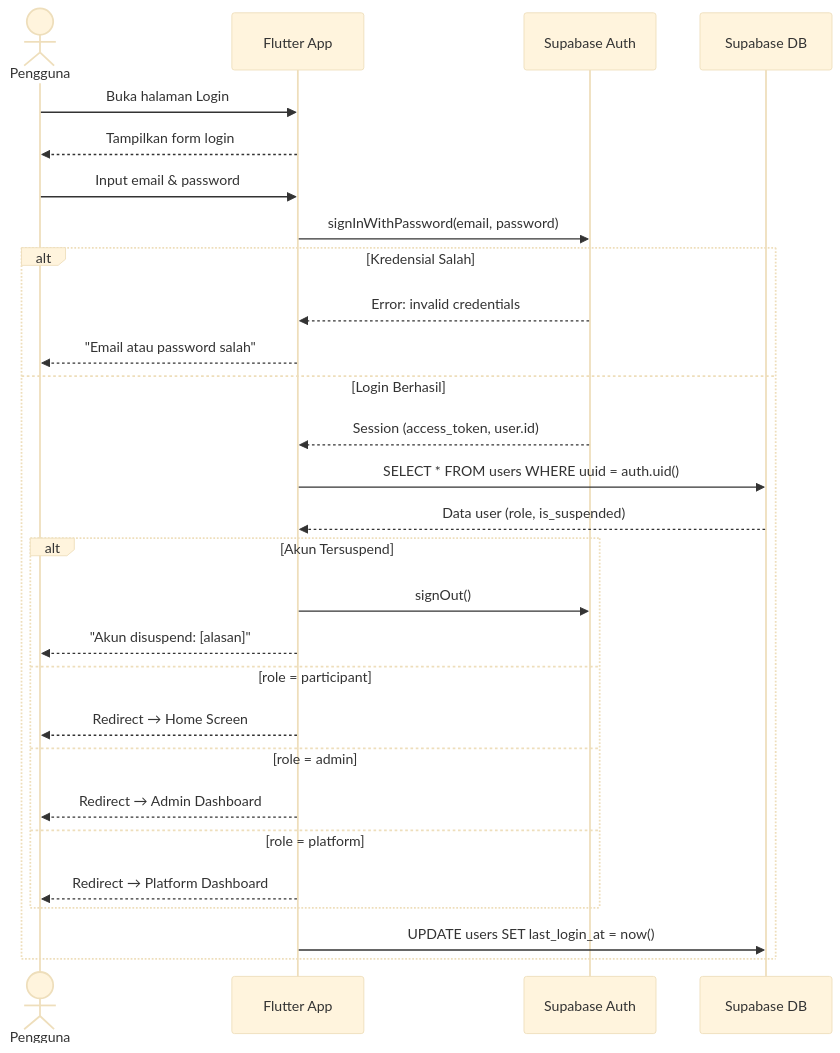
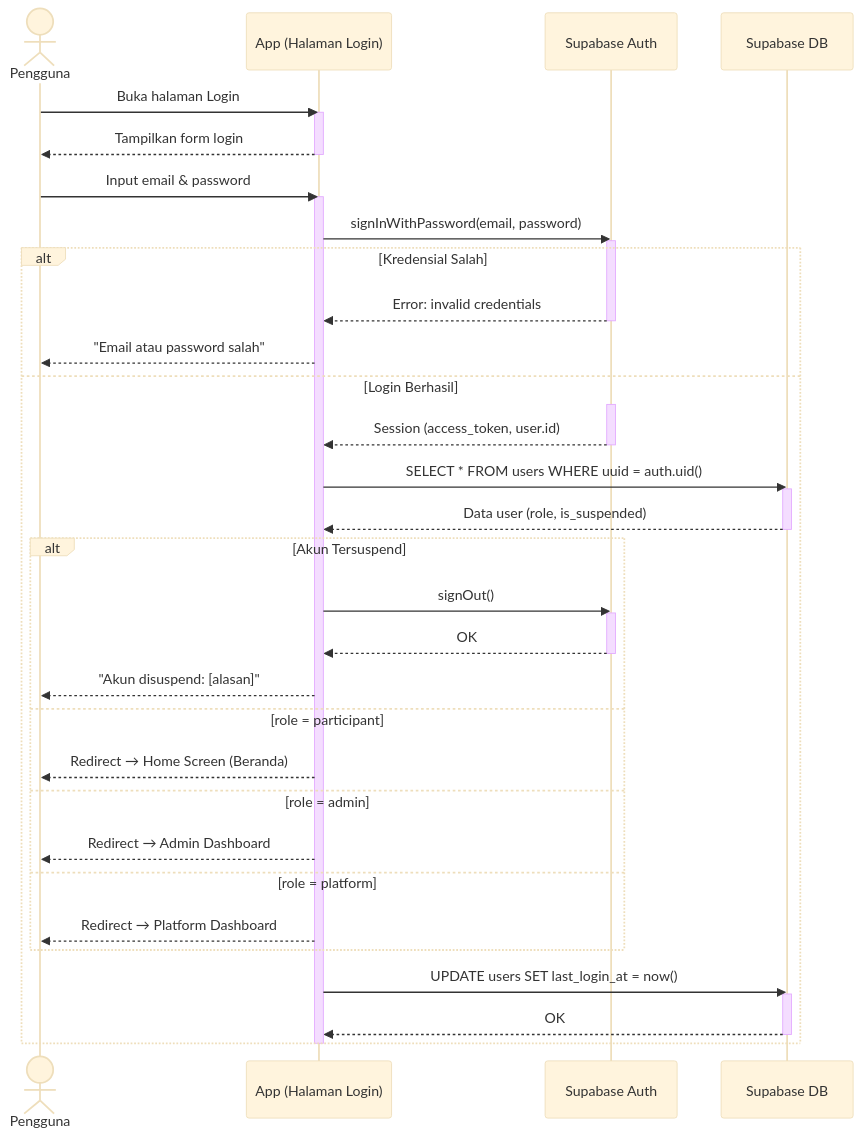
Diagram 24 of 47 in DOKUMENTASI.md (yosima050/booyahhub), drawn with Mermaid (base theme) before and after one commit. The commit also changed other lines of this file, not shown here.

Commit message:
docs: update user flow documentation with expanded process steps and refined sequence diagrams

````diff
--- a/DOKUMENTASI.md
+++ b/DOKUMENTASI.md
@@ -839,35 +859,51 @@
 ```mermaid
 sequenceDiagram
     actor Pengguna
-    participant App as Flutter App
+    participant App as App (Halaman Login)
     participant SupaAuth as Supabase Auth
     participant DB as Supabase DB
 
     Pengguna->>App: Buka halaman Login
+    activate App
     App-->>Pengguna: Tampilkan form login
+    deactivate App
 
     Pengguna->>App: Input email & password
+    activate App
     App->>SupaAuth: signInWithPassword(email, password)
+    activate SupaAuth
 
     alt Kredensial Salah
         SupaAuth-->>App: Error: invalid credentials
+        deactivate SupaAuth
         App-->>Pengguna: "Email atau password salah"
     else Login Berhasil
+        activate SupaAuth
         SupaAuth-->>App: Session (access_token, user.id)
+        deactivate SupaAuth
         App->>DB: SELECT * FROM users WHERE uuid = auth.uid()
+        activate DB
         DB-->>App: Data user (role, is_suspended)
+        deactivate DB
 
         alt Akun Tersuspend
             App->>SupaAuth: signOut()
+            activate SupaAuth
+            SupaAuth-->>App: OK
+            deactivate SupaAuth
             App-->>Pengguna: "Akun disuspend: [alasan]"
         else role = participant
-            App-->>Pengguna: Redirect → Home Screen
+            App-->>Pengguna: Redirect → Home Screen (Beranda)
         else role = admin
             App-->>Pengguna: Redirect → Admin Dashboard
         else role = platform
             App-->>Pengguna: Redirect → Platform Dashboard
         end
 
         App->>DB: UPDATE users SET last_login_at = now()
+        activate DB
+        DB-->>App: OK
+        deactivate DB
     end
+    deactivate App
 ```
````
